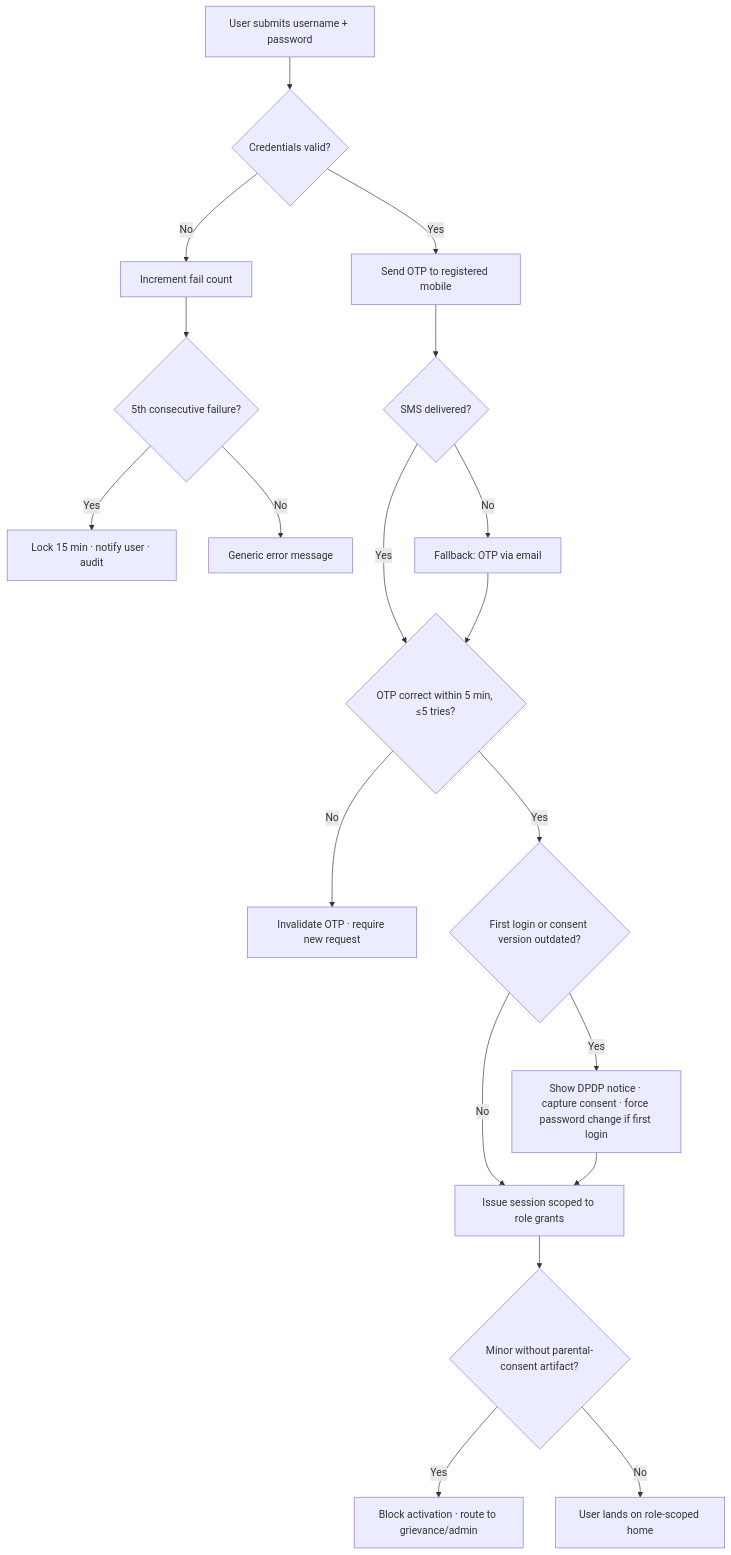
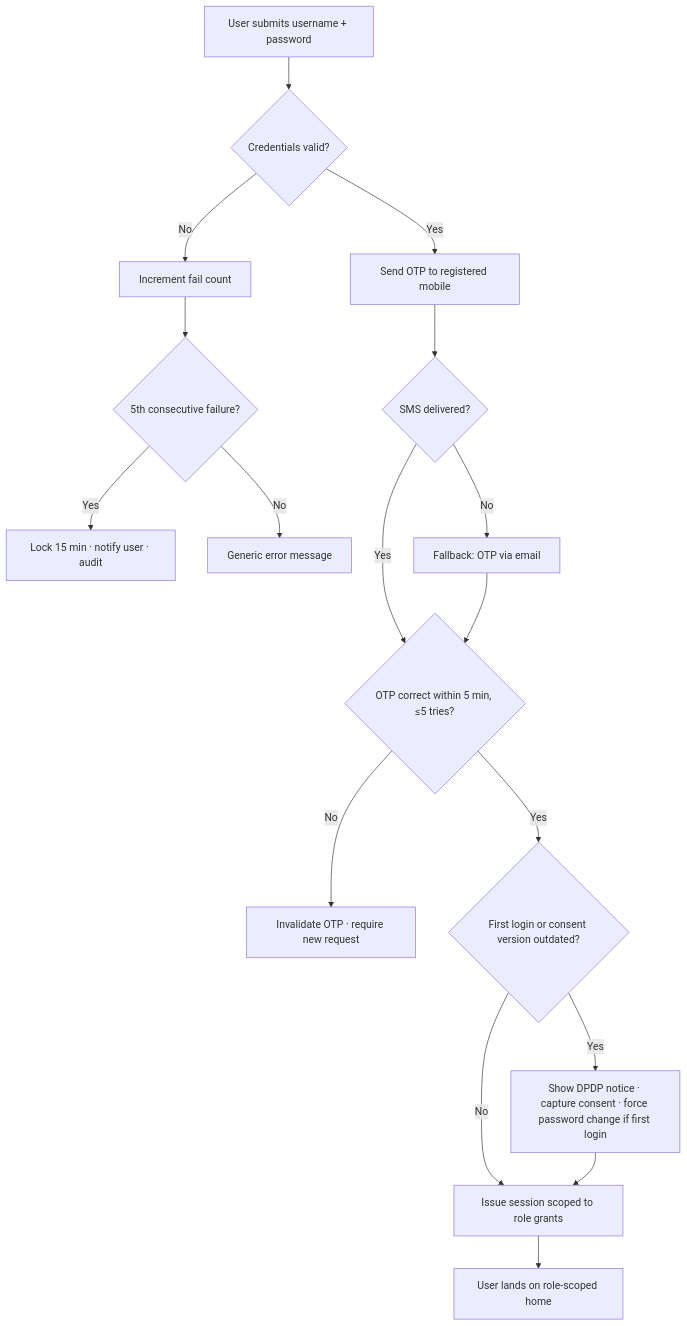
The diagram in requirements/01-authentication-authorization-security.md (sennurm/UniCore), drawn with Mermaid before and after one commit. The commit also changed other lines of this file and 12 other files, not shown here.

````diff
--- a/requirements/01-authentication-authorization-security.md
+++ b/requirements/01-authentication-authorization-security.md
@@ -160,21 +183,19 @@
 ```mermaid
 flowchart TD
   A[User submits username + password] --> B{Credentials valid?}
   B -- No --> B1[Increment fail count]
   B1 --> B2{5th consecutive failure?}
   B2 -- Yes --> B3[Lock 15 min · notify user · audit]
   B2 -- No --> B4[Generic error message]
   B -- Yes --> C[Send OTP to registered mobile]
   C --> C1{SMS delivered?}
   C1 -- No --> C2[Fallback: OTP via email]
   C1 -- Yes --> D{OTP correct within 5 min, ≤5 tries?}
   C2 --> D
   D -- No --> D1[Invalidate OTP · require new request]
   D -- Yes --> E{First login or consent version outdated?}
   E -- Yes --> E1[Show DPDP notice · capture consent · force password change if first login]
   E -- No --> F[Issue session scoped to role grants]
   E1 --> F
-  F --> G{Minor without parental-consent artifact?}
-  G -- Yes --> G1[Block activation · route to grievance/admin]
-  G -- No --> H[User lands on role-scoped home]
+  F --> H[User lands on role-scoped home]
 ```
````
